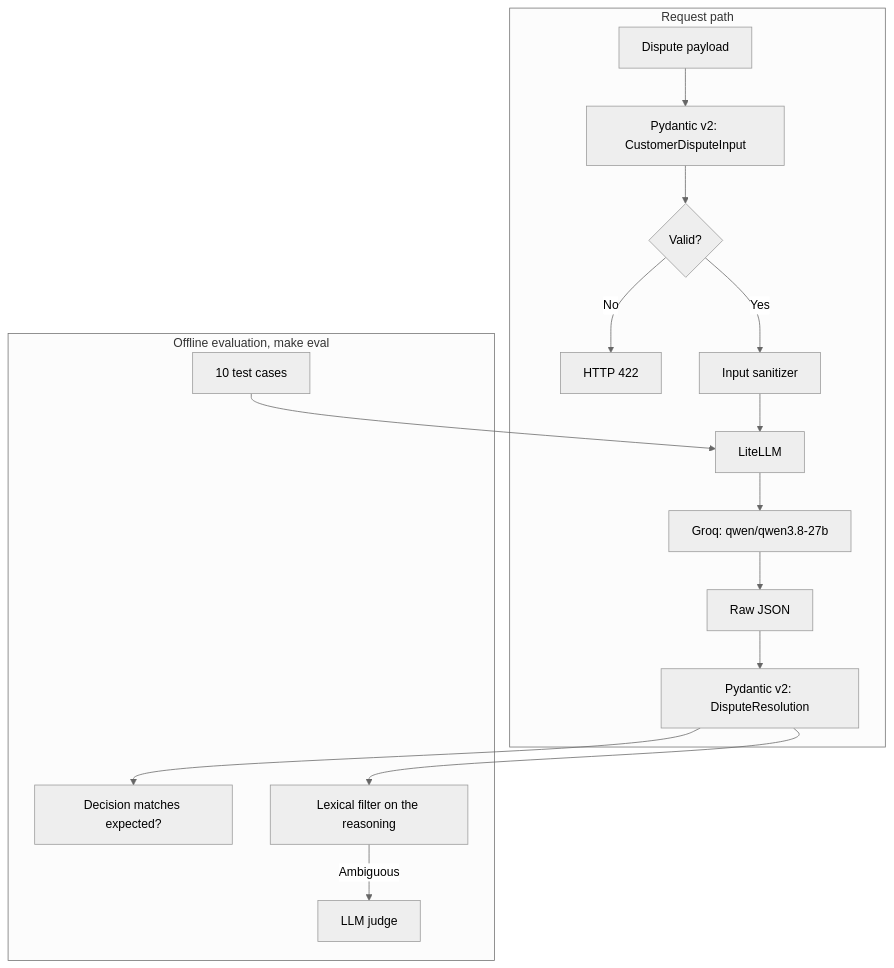
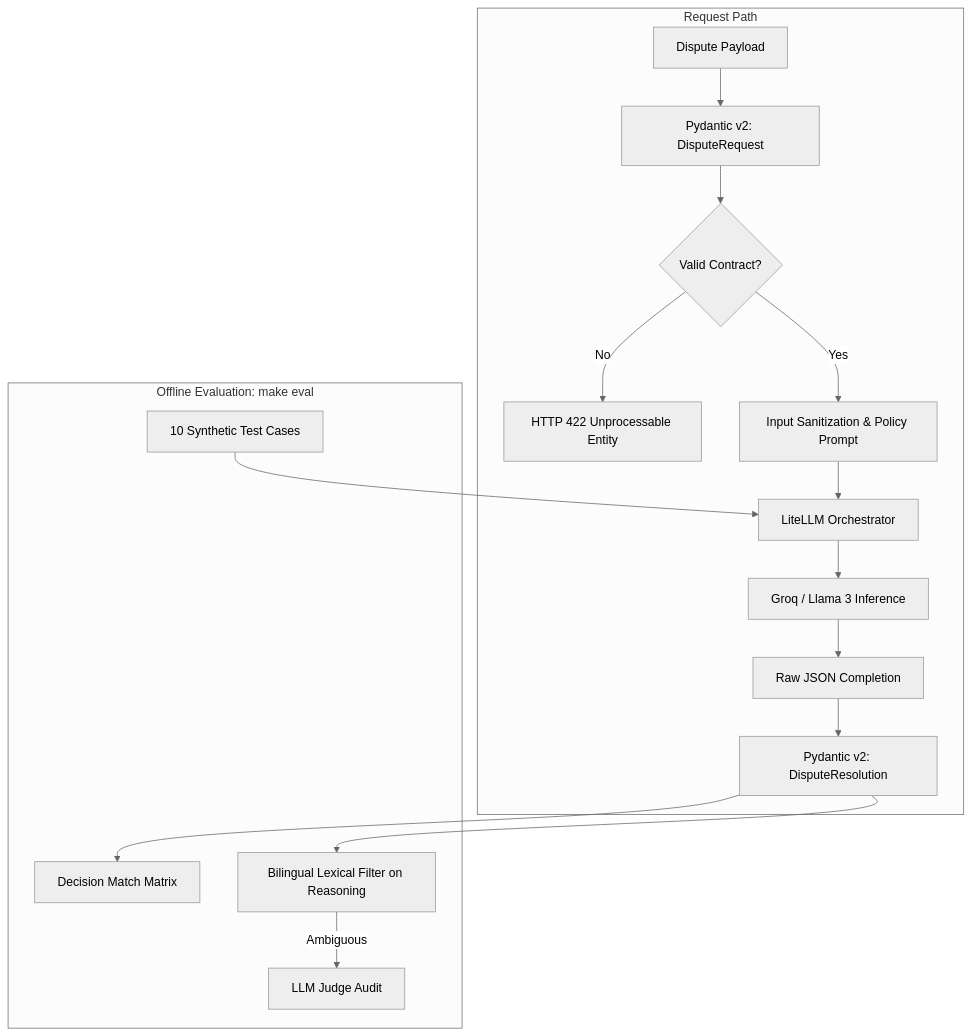
Before and after one commit to kaioken13/disputeguard: the first of 2 diagrams in README.md, drawn with Mermaid (neutral theme). The commit also changed other lines of this file, not shown here.

Commit message:
docs: align real API route /v1/disputes/resolve, docker integration and actual JSON response schema

````diff
--- a/README.md
+++ b/README.md
@@ -29,20 +34,20 @@
 ```mermaid
 flowchart TD
-    subgraph req [Request path]
-        A["Dispute payload"] --> B["Pydantic v2: CustomerDisputeInput"]
-        B --> C{"Valid?"}
-        C -- No --> D["HTTP 422"]
-        C -- Yes --> E["Input sanitizer"]
-        E --> F["LiteLLM"]
-        F --> G["Groq: qwen/qwen3.8-27b"]
-        G --> H["Raw JSON"]
+    subgraph req [Request Path]
+        A["Dispute Payload"] --> B["Pydantic v2: DisputeRequest"]
+        B --> C{"Valid Contract?"}
+        C -- No --> D["HTTP 422 Unprocessable Entity"]
+        C -- Yes --> E["Input Sanitization & Policy Prompt"]
+        E --> F["LiteLLM Orchestrator"]
+        F --> G["Groq / Llama 3 Inference"]
+        G --> H["Raw JSON Completion"]
         H --> I["Pydantic v2: DisputeResolution"]
     end
 
-    subgraph ev [Offline evaluation, make eval]
-        T["10 test cases"] --> F
-        I --> J["Decision matches expected?"]
-        I --> K["Lexical filter on the reasoning"]
-        K -- Ambiguous --> L["LLM judge"]
+    subgraph ev [Offline Evaluation: make eval]
+        T["10 Synthetic Test Cases"] --> F
+        I --> J["Decision Match Matrix"]
+        I --> K["Bilingual Lexical Filter on Reasoning"]
+        K -- Ambiguous --> L["LLM Judge Audit"]
     end
 ```
````
